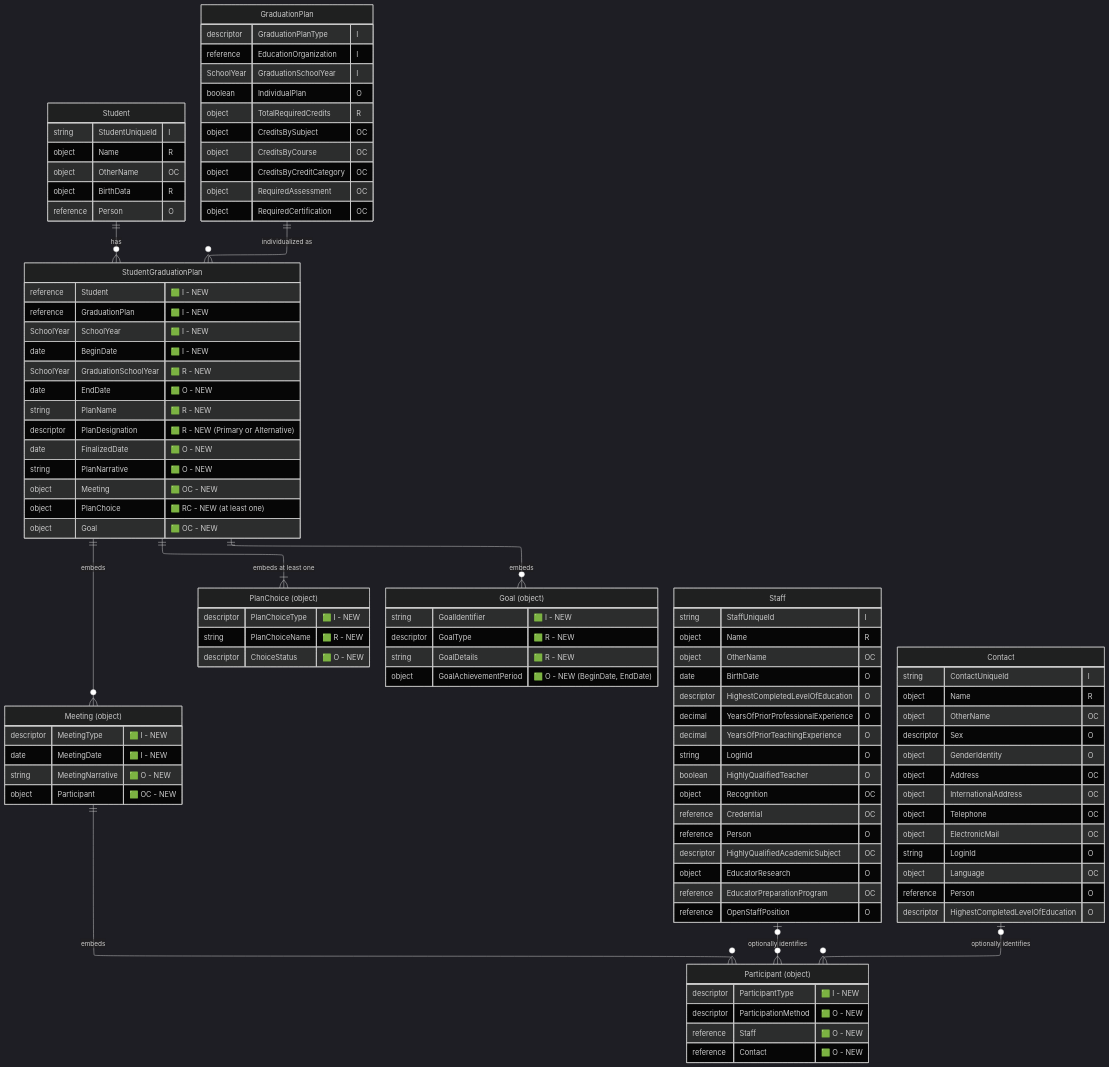
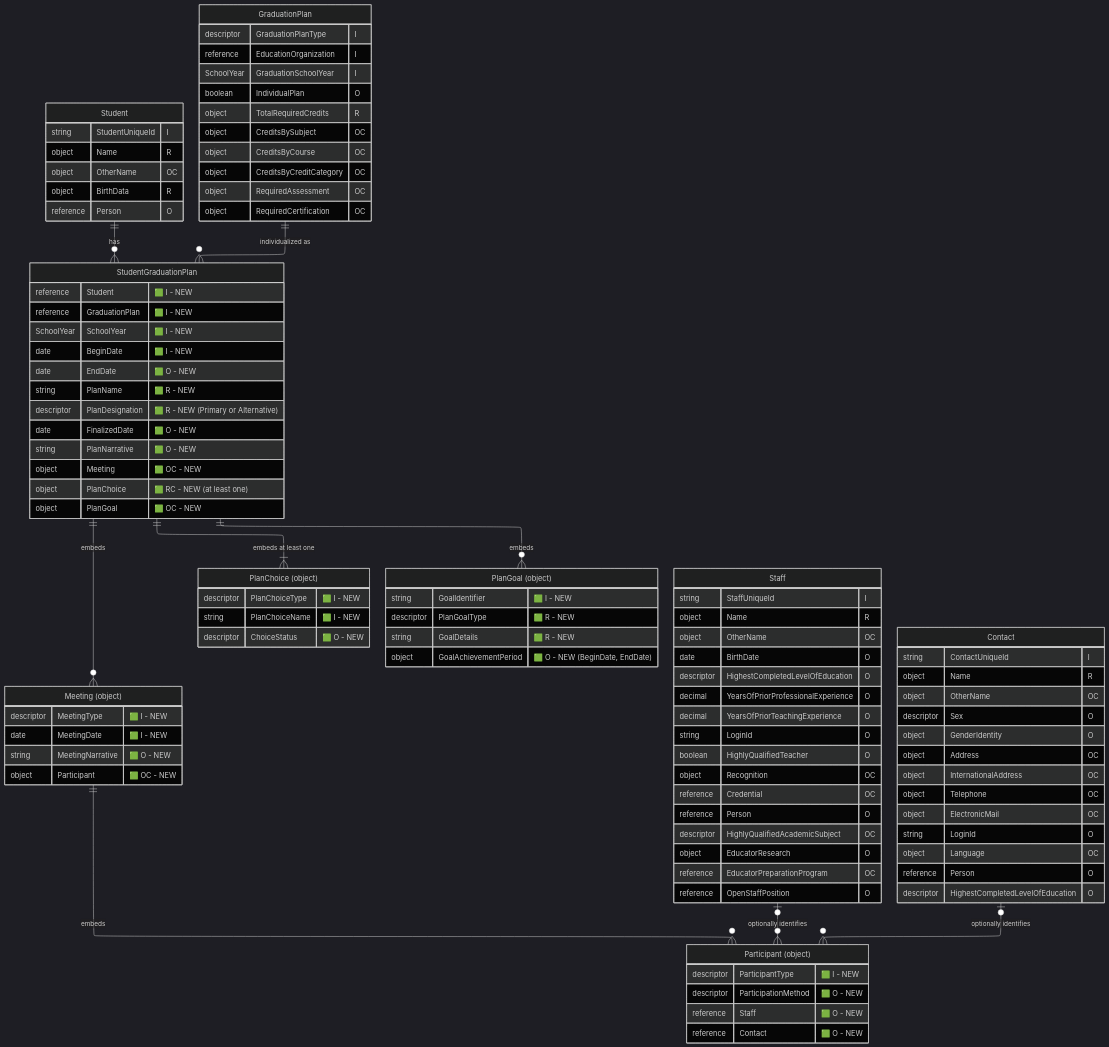
Before and after one commit to Ed-Fi-Alliance-OSS/Ed-Fi-API-Specifications: the second of 2 diagrams in RFC/RFC-30c_Individual-Graduation-Plan.md, drawn with Mermaid (dark theme). The commit also changed other lines of this file, not shown here.

```diff
--- a/RFC/RFC-30c_Individual-Graduation-Plan.md
+++ b/RFC/RFC-30c_Individual-Graduation-Plan.md
@@ -190,7 +173,7 @@
     StudentGraduationPlan ||--o{ Meeting : "embeds"
     Meeting ||--o{ Participant : "embeds"
     StudentGraduationPlan ||--|{ PlanChoice : "embeds at least one"
-    StudentGraduationPlan ||--o{ Goal : "embeds"
+    StudentGraduationPlan ||--o{ PlanGoal : "embeds"
     Staff |o--o{ Participant : "optionally identifies"
     Contact |o--o{ Participant : "optionally identifies"
 
@@ -255,7 +238,6 @@
         reference GraduationPlan "🟩 I - NEW"
         SchoolYear SchoolYear "🟩 I - NEW"
         date BeginDate "🟩 I - NEW"
-        SchoolYear GraduationSchoolYear "🟩 R - NEW"
         date EndDate "🟩 O - NEW"
         string PlanName "🟩 R - NEW"
         descriptor PlanDesignation "🟩 R - NEW (Primary or Alternative)"
@@ -263,7 +245,7 @@
         string PlanNarrative "🟩 O - NEW"
         object Meeting "🟩 OC - NEW"
         object PlanChoice "🟩 RC - NEW (at least one)"
-        object Goal "🟩 OC - NEW"
+        object PlanGoal "🟩 OC - NEW"
     }
 
     Meeting["Meeting (object)"] {
@@ -282,13 +264,13 @@
 
     PlanChoice["PlanChoice (object)"] {
         descriptor PlanChoiceType "🟩 I - NEW"
-        string PlanChoiceName "🟩 R - NEW"
+        string PlanChoiceName "🟩 I - NEW"
         descriptor ChoiceStatus "🟩 O - NEW"
     }
 
-    Goal["Goal (object)"] {
+    PlanGoal["PlanGoal (object)"] {
         string GoalIdentifier "🟩 I - NEW"
-        descriptor GoalType "🟩 R - NEW"
+        descriptor PlanGoalType "🟩 R - NEW"
         string GoalDetails "🟩 R - NEW"
         object GoalAchievementPeriod "🟩 O - NEW (BeginDate, EndDate)"
     }
```
